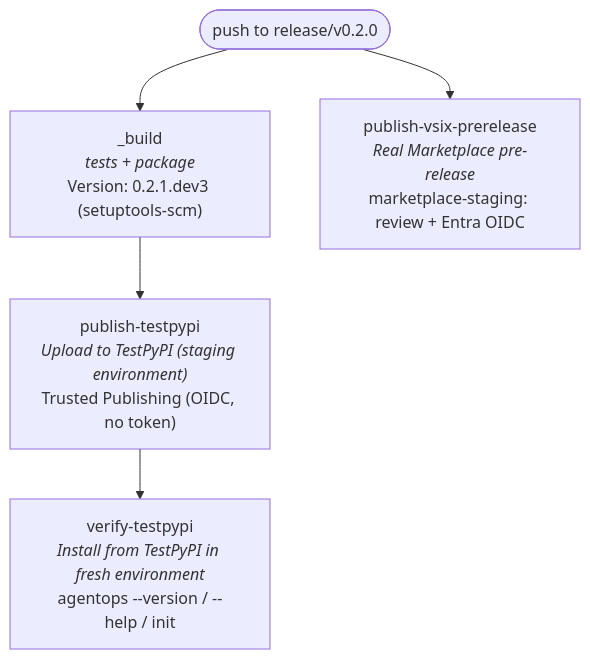
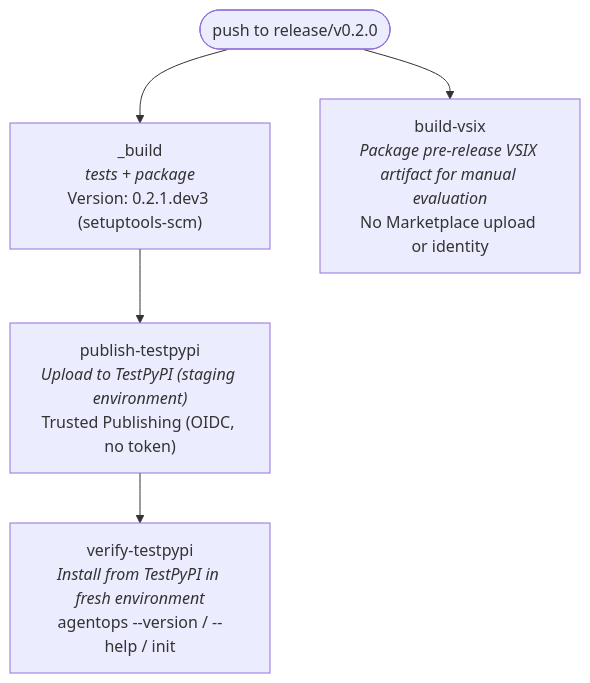
One commit to Azure/agentops changed the first of 3 diagrams in docs/release-process.md. Above: the diagram before and after it, drawn with Mermaid. The commit also changed other lines of this file and 1 other file, not shown here.

First line of the commit message:
docs: describe stable-only Marketplace release flow

````diff
--- a/docs/release-process.md
+++ b/docs/release-process.md
@@ -329,11 +335,11 @@
 ```mermaid
 flowchart TD
     push(["push to release/v0.2.0"])
     build["_build<br/><i>tests + package</i><br/>Version: 0.2.1.dev3 (setuptools-scm)"]
     publish["publish-testpypi<br/><i>Upload to TestPyPI (staging environment)</i><br/>Trusted Publishing (OIDC, no token)"]
     verify["verify-testpypi<br/><i>Install from TestPyPI in fresh environment</i><br/>agentops --version / --help / init"]
-    vsix["publish-vsix-prerelease<br/><i>Real Marketplace pre-release</i><br/>marketplace-staging: review + Entra OIDC"]
+    vsix["build-vsix<br/><i>Package pre-release VSIX artifact for manual evaluation</i><br/>No Marketplace upload or identity"]
 
     push --> build --> publish --> verify
     push --> vsix
 ```
````
